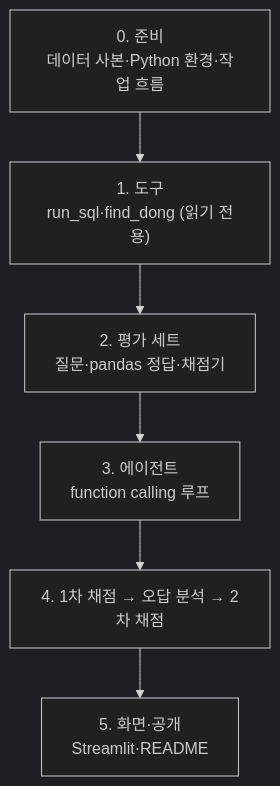
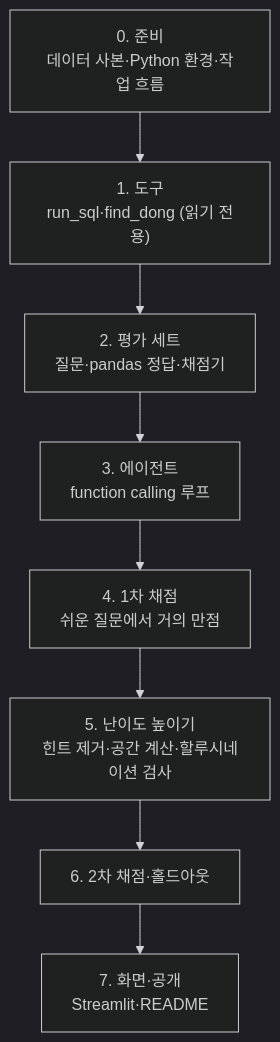
Before and after one commit to KimInSeok-DA/DA_GIS_Query_Agent: the diagram in docs/진행_과정.md, drawn with Mermaid (dark theme). The commit also changed other lines of this file and 12 other files, not shown here.

````diff
--- a/docs/진행_과정.md
+++ b/docs/진행_과정.md
@@ -11,8 +11,10 @@
 ```mermaid
 flowchart TD
     A["0. 준비<br/>데이터 사본·Python 환경·작업 흐름"] --> B["1. 도구<br/>run_sql·find_dong (읽기 전용)"]
     B --> C["2. 평가 세트<br/>질문·pandas 정답·채점기"]
     C --> D["3. 에이전트<br/>function calling 루프"]
-    D --> E["4. 1차 채점 → 오답 분석 → 2차 채점"]
-    E --> F["5. 화면·공개<br/>Streamlit·README"]
+    D --> E["4. 1차 채점<br/>쉬운 질문에서 거의 만점"]
+    E --> G["5. 난이도 높이기<br/>힌트 제거·공간 계산·할루시네이션 검사"]
+    G --> H["6. 2차 채점·홀드아웃"]
+    H --> F["7. 화면·공개<br/>Streamlit·README"]
 ```
````
